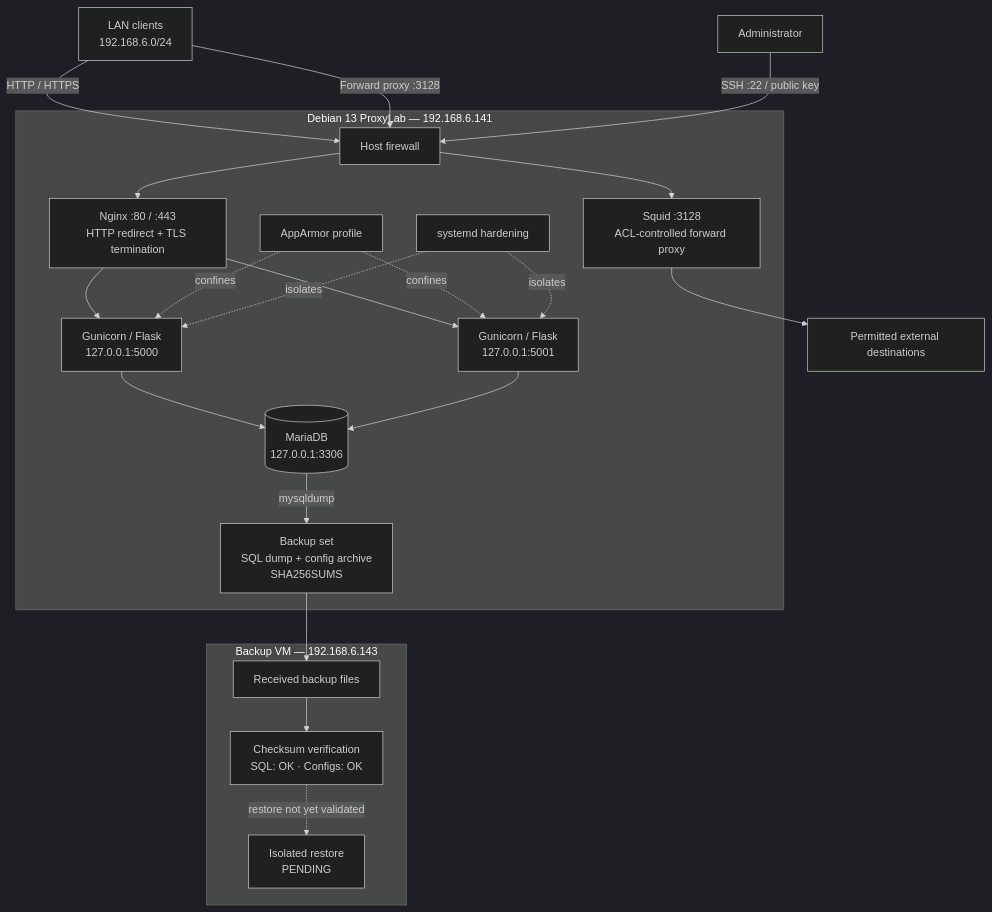
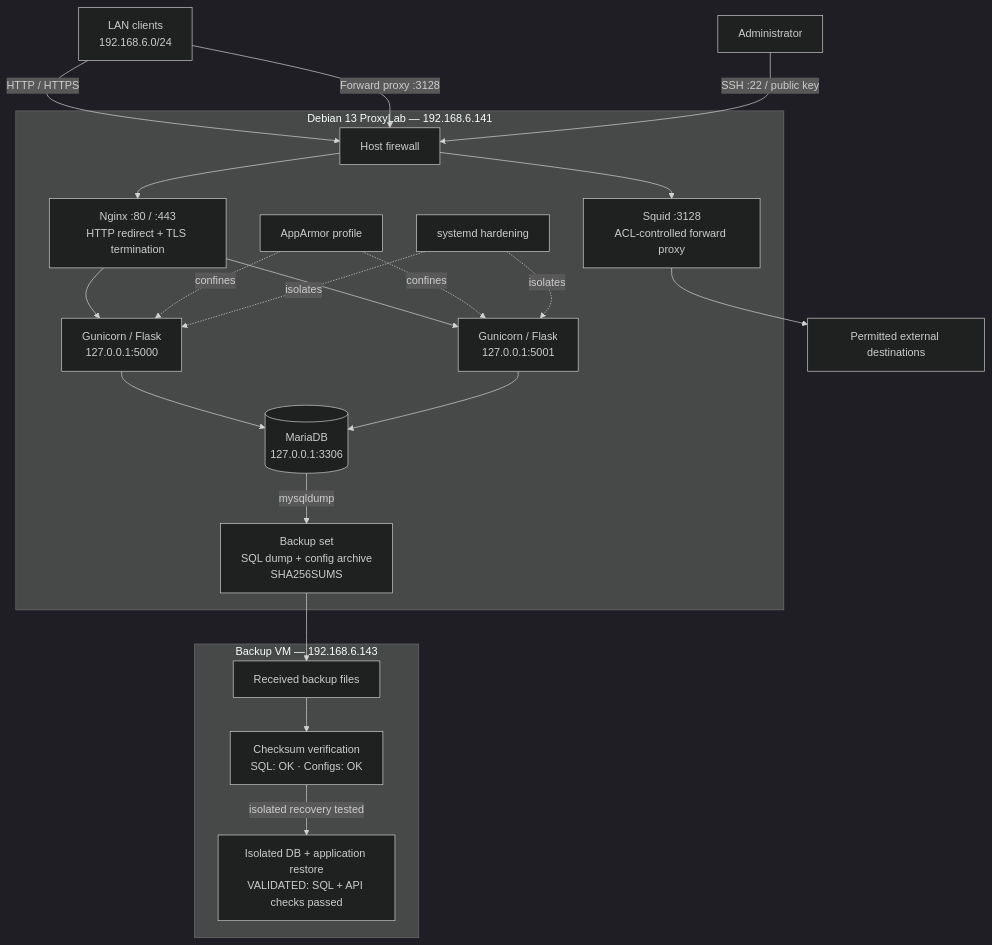
The first of 4 diagrams in docs/architecture/README.md (Rash499/ProxyLab), drawn with Mermaid (dark theme) before and after one commit. The commit also changed other lines of this file, not shown here.

Commit message:
docs: update architecture diagrams with restore validation

````diff
--- a/docs/architecture/README.md
+++ b/docs/architecture/README.md
@@ -7,28 +7,28 @@
 ```mermaid
 flowchart TB
   Client["LAN clients<br/>192.168.6.0/24"] -->|"HTTP / HTTPS"| FW["Host firewall"]
   Client -->|"Forward proxy :3128"| FW
   Admin["Administrator"] -->|"SSH :22 / public key"| FW
   subgraph VM["Debian 13 ProxyLab — 192.168.6.141"]
     FW --> N["Nginx :80 / :443<br/>HTTP redirect + TLS termination"]
     FW --> S["Squid :3128<br/>ACL-controlled forward proxy"]
     N --> B1["Gunicorn / Flask<br/>127.0.0.1:5000"]
     N --> B2["Gunicorn / Flask<br/>127.0.0.1:5001"]
     B1 --> DB[("MariaDB<br/>127.0.0.1:3306")]
     B2 --> DB
     AA["AppArmor profile"] -. confines .-> B1
     AA -. confines .-> B2
     SD["systemd hardening"] -. isolates .-> B1
     SD -. isolates .-> B2
     DB -->|"mysqldump"| BK["Backup set<br/>SQL dump + config archive<br/>SHA256SUMS"]
   end
   S --> Internet["Permitted external destinations"]
   subgraph Recovery["Backup VM — 192.168.6.143"]
     DST["Received backup files"]
     VERIFY["Checksum verification<br/>SQL: OK · Configs: OK"]
-    RESTORE["Isolated restore<br/>PENDING"]
+    RESTORE["Isolated DB + application restore<br/>VALIDATED: SQL + API checks passed"]
     DST --> VERIFY
-    VERIFY -. "restore not yet validated" .-> RESTORE
+    VERIFY -->|"isolated recovery tested"| RESTORE
   end
   BK --> DST
 ```
````
